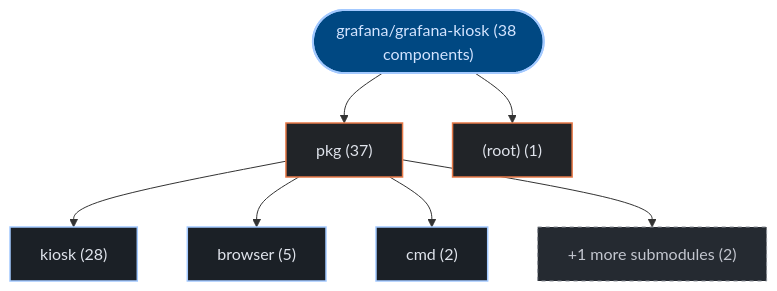
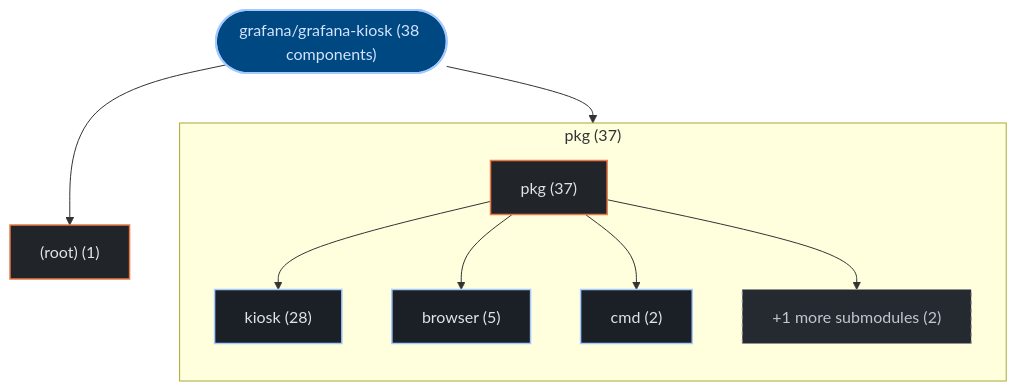
The first of 3 diagrams in exports/latest/reports/grafana-grafana-kiosk-report.md (kumarshaz/atruss-code-atlas), drawn with Mermaid before and after one commit. The commit also changed 178 other files, not shown here.

Commit message:
feat(ui,mermaid): upgrade to mermaid v12 + ELK layout, add orgs-summary + pagination, subgraph building blocks, fix tab alignment

````diff
--- a/exports/latest/reports/grafana-grafana-kiosk-report.md
+++ b/exports/latest/reports/grafana-grafana-kiosk-report.md
@@ -42,23 +42,26 @@
 ```mermaid
 graph TD;
   classDef atlasRoot fill:#004882,stroke:#a3c9ff,stroke-width:2px,color:#d3e4ff
   classDef atlasCategory fill:#212428,stroke:#E87A48,stroke-width:1.5px,color:#dfe3eb
   classDef atlasWorkflow fill:#1b2026,stroke:#a3c9ff,stroke-width:1.5px,color:#dfe3eb
   classDef atlasJob fill:#171c22,stroke:#8d9199,stroke-width:1px,color:#dfe3eb
   classDef atlasTarget fill:#005227,stroke:#8bd99b,stroke-width:1.5px,color:#a7f6b6
   classDef atlasAlert fill:#93000a,stroke:#ffb4ab,stroke-width:1.5px,color:#ffdad6
   classDef atlasMore fill:#252a31,stroke:#8d9199,stroke-dasharray:4 4,color:#c3c6cf
     repo_root(["grafana/grafana-kiosk (38 components)"]):::atlasRoot
-    dir_0_pkg["pkg (37)"]:::atlasCategory
+    subgraph sg_dir_0_pkg["pkg (37)"]
+      direction TB
+      dir_0_pkg["pkg (37)"]:::atlasCategory
+      sub_0_0_kiosk["kiosk (28)"]:::atlasWorkflow
+      dir_0_pkg --> sub_0_0_kiosk
+      sub_0_1_browser["browser (5)"]:::atlasWorkflow
+      dir_0_pkg --> sub_0_1_browser
+      sub_0_2_cmd["cmd (2)"]:::atlasWorkflow
+      dir_0_pkg --> sub_0_2_cmd
+      sub_0_more["+1 more submodules (2)"]:::atlasMore
+      dir_0_pkg --> sub_0_more
+    end
     repo_root --> dir_0_pkg
-    sub_0_0_kiosk["kiosk (28)"]:::atlasWorkflow
-    dir_0_pkg --> sub_0_0_kiosk
-    sub_0_1_browser["browser (5)"]:::atlasWorkflow
-    dir_0_pkg --> sub_0_1_browser
-    sub_0_2_cmd["cmd (2)"]:::atlasWorkflow
-    dir_0_pkg --> sub_0_2_cmd
-    sub_0_more["+1 more submodules (2)"]:::atlasMore
-    dir_0_pkg --> sub_0_more
     dir_1__root_["(root) (1)"]:::atlasCategory
     repo_root --> dir_1__root_
 ```
````
